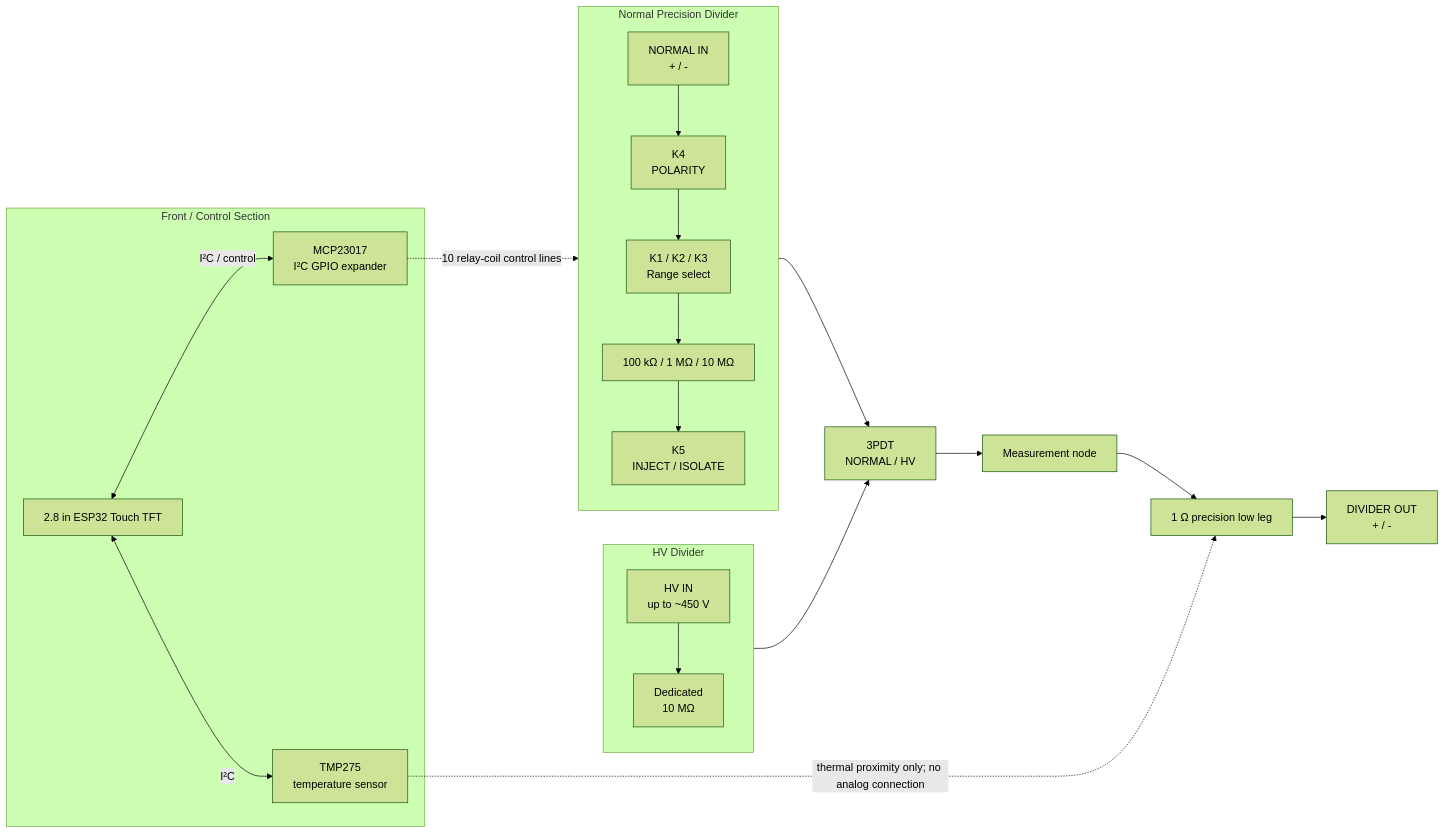
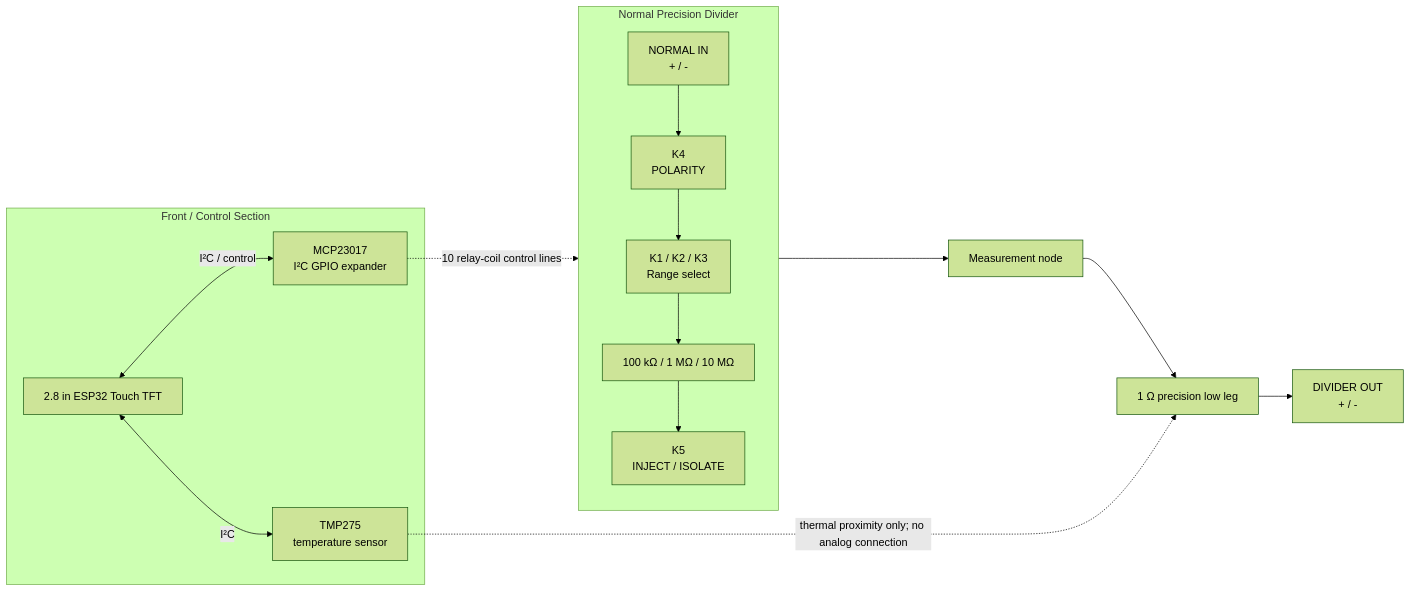
Before and after one commit to kuvychko/nanovolt-divider: the diagram in docs/nanovolt_divider_rev0.md, drawn with Mermaid (forest theme). The commit also changed other lines of this file and 13 other files, not shown here.

````diff
--- a/docs/nanovolt_divider_rev0.md
+++ b/docs/nanovolt_divider_rev0.md
@@ -190,37 +182,28 @@
 ```mermaid
 flowchart LR
     subgraph CTRL["Front / Control Section"]
         UI["2.8 in ESP32 Touch TFT"]
         IO["MCP23017\nI²C GPIO expander"]
         T["TMP275\ntemperature sensor"]
         UI <-->|I²C / control| IO
         UI <-->|I²C| T
     end
 
     subgraph NORMAL["Normal Precision Divider"]
         NIN["NORMAL IN\n+ / -"]
         POL["K4\nPOLARITY"]
         RSEL["K1 / K2 / K3\nRange select"]
         RH["100 kΩ / 1 MΩ / 10 MΩ"]
         INJ["K5\nINJECT / ISOLATE"]
         NIN --> POL --> RSEL --> RH --> INJ
     end
 
-    subgraph HV["HV Divider"]
-        HVIN["HV IN\nup to ~450 V"]
-        RHS["Dedicated\n10 MΩ"]
-        HVIN --> RHS
-    end
-
-    SEL["3PDT\nNORMAL / HV"]
     NODE["Measurement node"]
     RL["1 Ω precision low leg"]
     OUT["DIVIDER OUT\n+ / -"]
 
-    NORMAL --> SEL
-    HV --> SEL
-    SEL --> NODE --> RL --> OUT
+    NORMAL --> NODE --> RL --> OUT
 
     IO -. "10 relay-coil control lines" .-> NORMAL
     T -. "thermal proximity only; no analog connection" .-> RL
 ```
````
